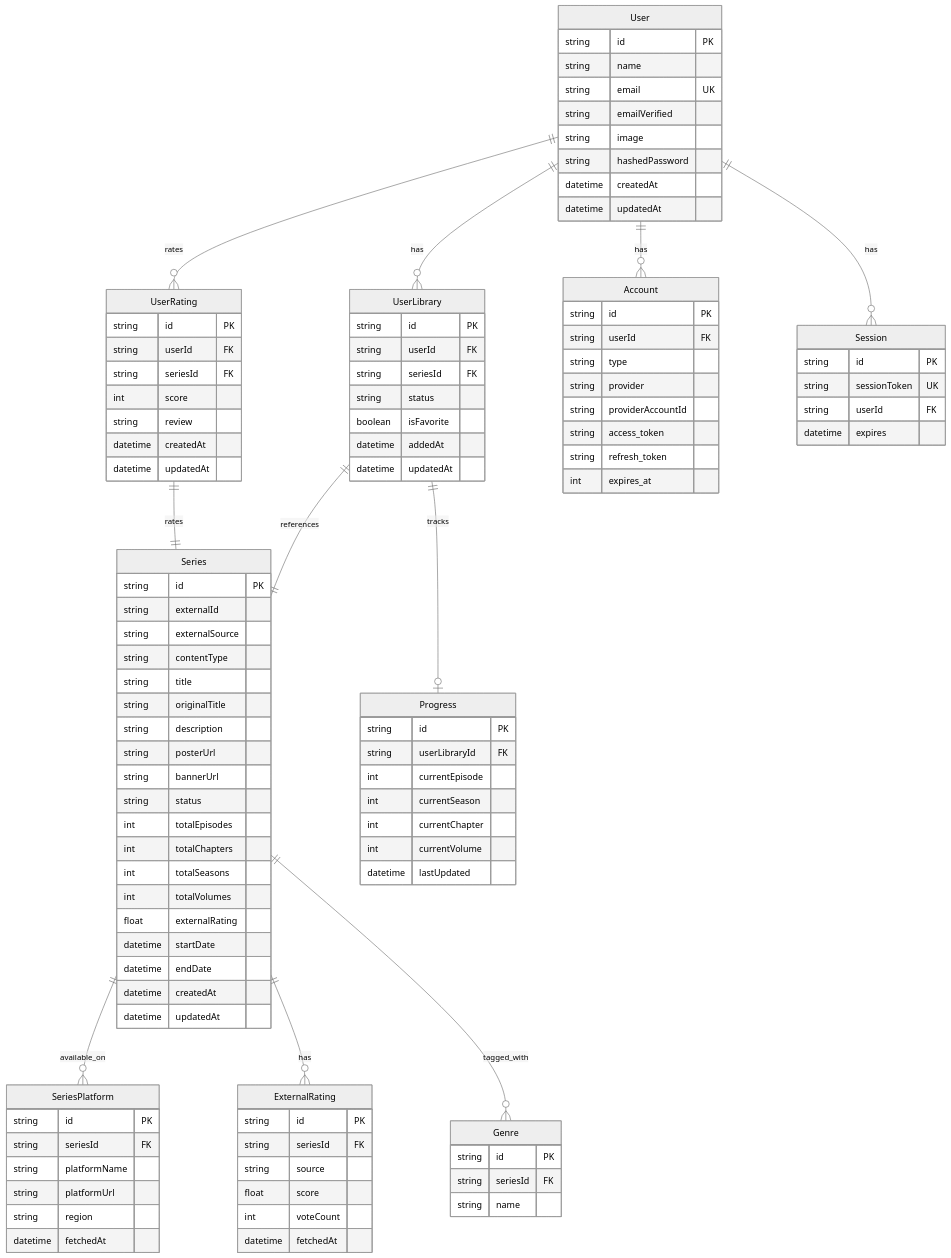
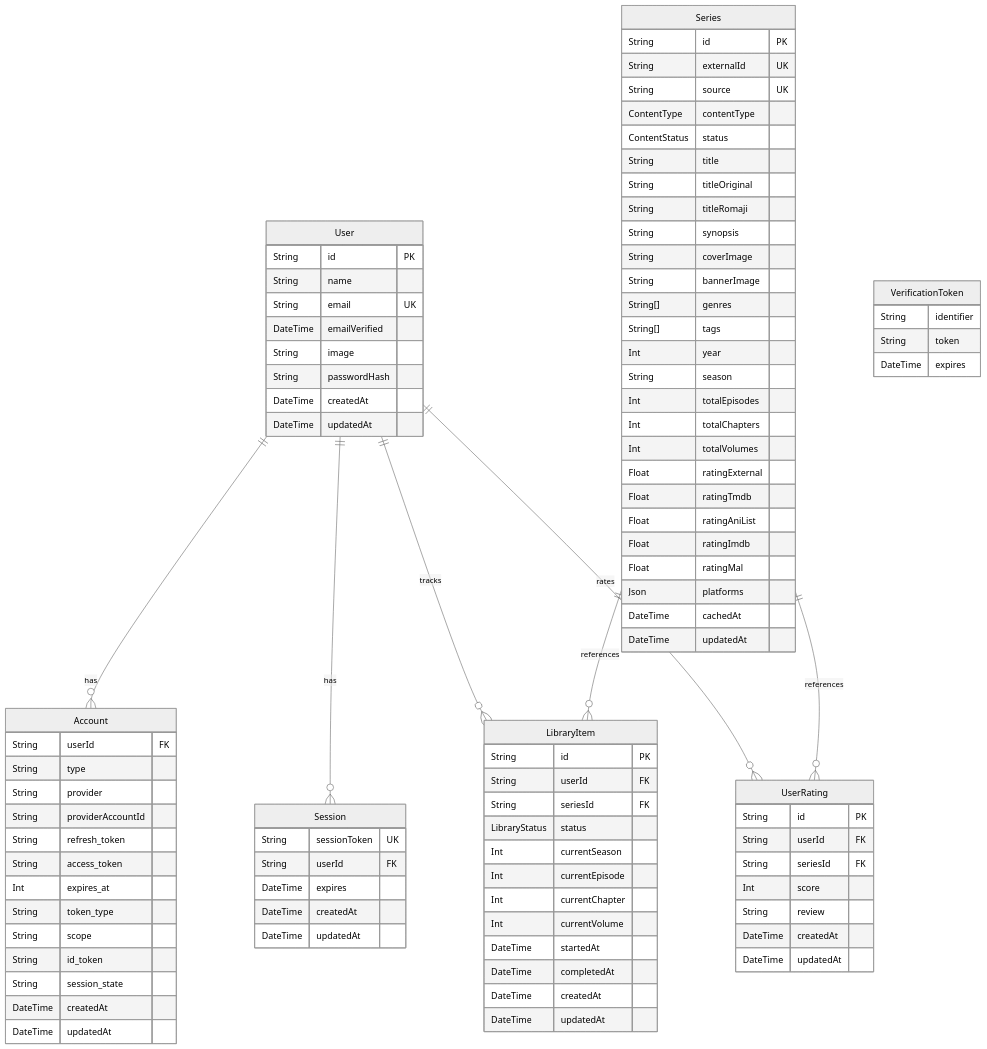
One commit to Efecancngz/nextrack changed the diagram in docs/database-schema.md. Above: the diagram before and after it, drawn with Mermaid (neutral theme). The commit also changed other lines of this file and 32 other files, not shown here.

````diff
--- a/docs/database-schema.md
+++ b/docs/database-schema.md
@@ -5,120 +13,105 @@
 ```mermaid
 erDiagram
-    User ||--o{ UserLibrary : has
-    User ||--o{ UserRating : rates
     User ||--o{ Account : has
     User ||--o{ Session : has
-    
-    UserLibrary ||--|| Series : references
-    UserLibrary ||--o| Progress : tracks
-    UserRating ||--|| Series : rates
-    
-    Series ||--o{ SeriesPlatform : available_on
-    Series ||--o{ ExternalRating : has
-    Series ||--o{ Genre : tagged_with
-    
+    User ||--o{ LibraryItem : tracks
+    User ||--o{ UserRating : rates
+
+    Series ||--o{ LibraryItem : references
+    Series ||--o{ UserRating : references
+
     User {
-        string id PK
-        string name
-        string email UK
-        string emailVerified
-        string image
-        string hashedPassword
-        datetime createdAt
-        datetime updatedAt
+        String id PK
+        String name
+        String email UK
+        DateTime emailVerified
+        String image
+        String passwordHash
+        DateTime createdAt
+        DateTime updatedAt
     }
 
     Account {
-        string id PK
-        string userId FK
-        string type
-        string provider
-        string providerAccountId
-        string access_token
-        string refresh_token
-        int expires_at
+        String userId FK
+        String type
+        String provider
+        String providerAccountId
+        String refresh_token
+        String access_token
+        Int expires_at
+        String token_type
+        String scope
+        String id_token
+        String session_state
+        DateTime createdAt
+        DateTime updatedAt
     }
 
     Session {
-        string id PK
-        string sessionToken UK
-        string userId FK
-        datetime expires
+        String sessionToken UK
+        String userId FK
+        DateTime expires
+        DateTime createdAt
+        DateTime updatedAt
+    }
+
+    VerificationToken {
+        String identifier
+        String token
+        DateTime expires
     }
 
     Series {
-        string id PK
-        string externalId
-        string externalSource
-        string contentType
-        string title
-        string originalTitle
-        string description
-        string posterUrl
-        string bannerUrl
-        string status
-        int totalEpisodes
-        int totalChapters
-        int totalSeasons
-        int totalVolumes
-        float externalRating
-        datetime startDate
-        datetime endDate
-        datetime createdAt
-        datetime updatedAt
+        String id PK
+        String externalId UK
+        String source UK
+        ContentType contentType
+        ContentStatus status
+        String title
+        String titleOriginal
+        String titleRomaji
+        String synopsis
+        String coverImage
+        String bannerImage
+        String[] genres
+        String[] tags
+        Int year
+        String season
+        Int totalEpisodes
+        Int totalChapters
+        Int totalVolumes
+        Float ratingExternal
+        Float ratingTmdb
+        Float ratingAniList
+        Float ratingImdb
+        Float ratingMal
+        Json platforms
+        DateTime cachedAt
+        DateTime updatedAt
     }
 
-    UserLibrary {
-        string id PK
-        string userId FK
-        string seriesId FK
-        string status
-        boolean isFavorite
-        datetime addedAt
-        datetime updatedAt
-    }
-
-    Progress {
-        string id PK
-        string userLibraryId FK
-        int currentEpisode
-        int currentSeason
-        int currentChapter
-        int currentVolume
-        datetime lastUpdated
+    LibraryItem {
+        String id PK
+        String userId FK
+        String seriesId FK
+        LibraryStatus status
+        Int currentSeason
+        Int currentEpisode
+        Int currentChapter
+        Int currentVolume
+        DateTime startedAt
+        DateTime completedAt
+        DateTime createdAt
+        DateTime updatedAt
     }
 
     UserRating {
-        string id PK
-        string userId FK
-        string seriesId FK
-        int score
-        string review
-        datetime createdAt
-        datetime updatedAt
-    }
-
-    ExternalRating {
-        string id PK
-        string seriesId FK
-        string source
-        float score
-        int voteCount
-        datetime fetchedAt
-    }
-
-    SeriesPlatform {
-        string id PK
-        string seriesId FK
-        string platformName
-        string platformUrl
-        string region
-        datetime fetchedAt
-    }
-
-    Genre {
-        string id PK
-        string seriesId FK
-        string name
+        String id PK
+        String userId FK
+        String seriesId FK
+        Int score
+        String review
+        DateTime createdAt
+        DateTime updatedAt
     }
 ```
````
